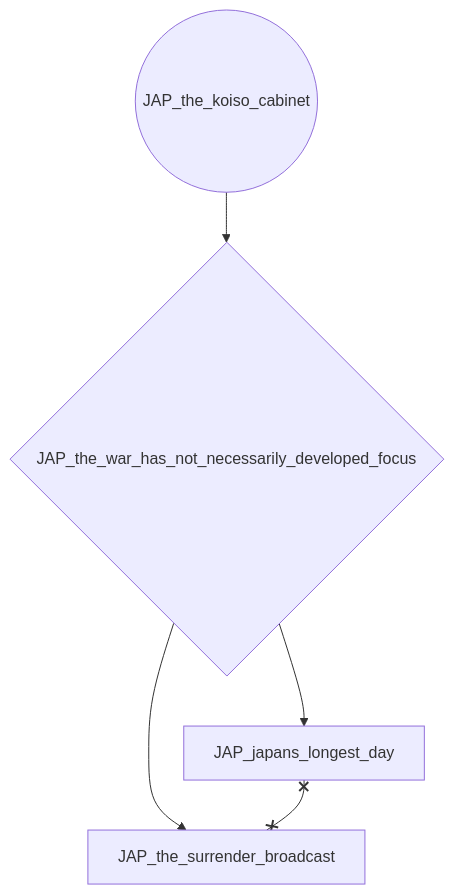
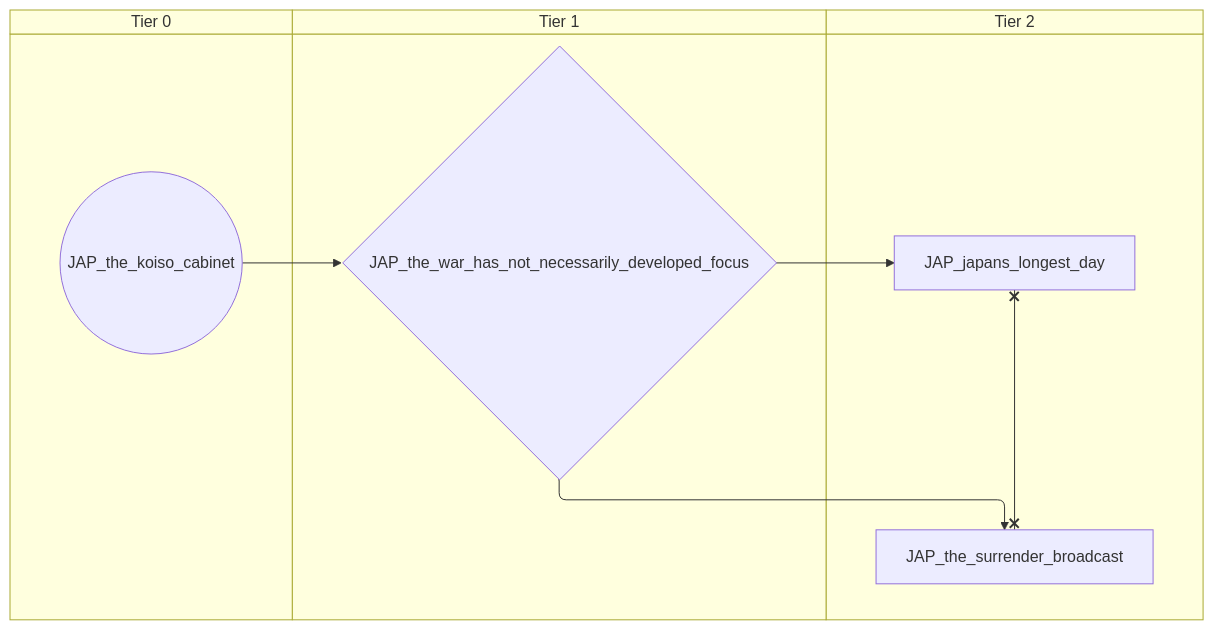
The eighth of 9 diagrams in docs/gdd/National Focuses/japan.md (evgeny-sobol/hoi4-sandbox-mode), drawn with Mermaid before and after one commit. The commit also changed other lines of this file and 80 other files, not shown here.

First line of the commit message:
Add swimlane mode to focus graph exporter

````diff
--- a/docs/gdd/National Focuses/japan.md
+++ b/docs/gdd/National Focuses/japan.md
@@ -1224,11 +1396,17 @@
 ```mermaid
-flowchart TD
-    n429["JAP_japans_longest_day"]
-    n430(("JAP_the_koiso_cabinet"))
-    n431["JAP_the_surrender_broadcast"]
-    n432{"JAP_the_war_has_not_necessarily_developed_focus"}
-    n432 --> n429
-    n432 --> n431
+swimlane-beta TD
+    subgraph tier_0["Tier 0"]
+        n429(("JAP_the_koiso_cabinet"))
+    end
+    subgraph tier_1["Tier 1"]
+        n430{"JAP_the_war_has_not_necessarily_developed_focus"}
+    end
+    subgraph tier_2["Tier 2"]
+        n431["JAP_japans_longest_day"]
+        n432["JAP_the_surrender_broadcast"]
+    end
+    n430 --> n431
     n430 --> n432
-    n429 x--x n431
+    n429 --> n430
+    n431 x--x n432
 ```
````
